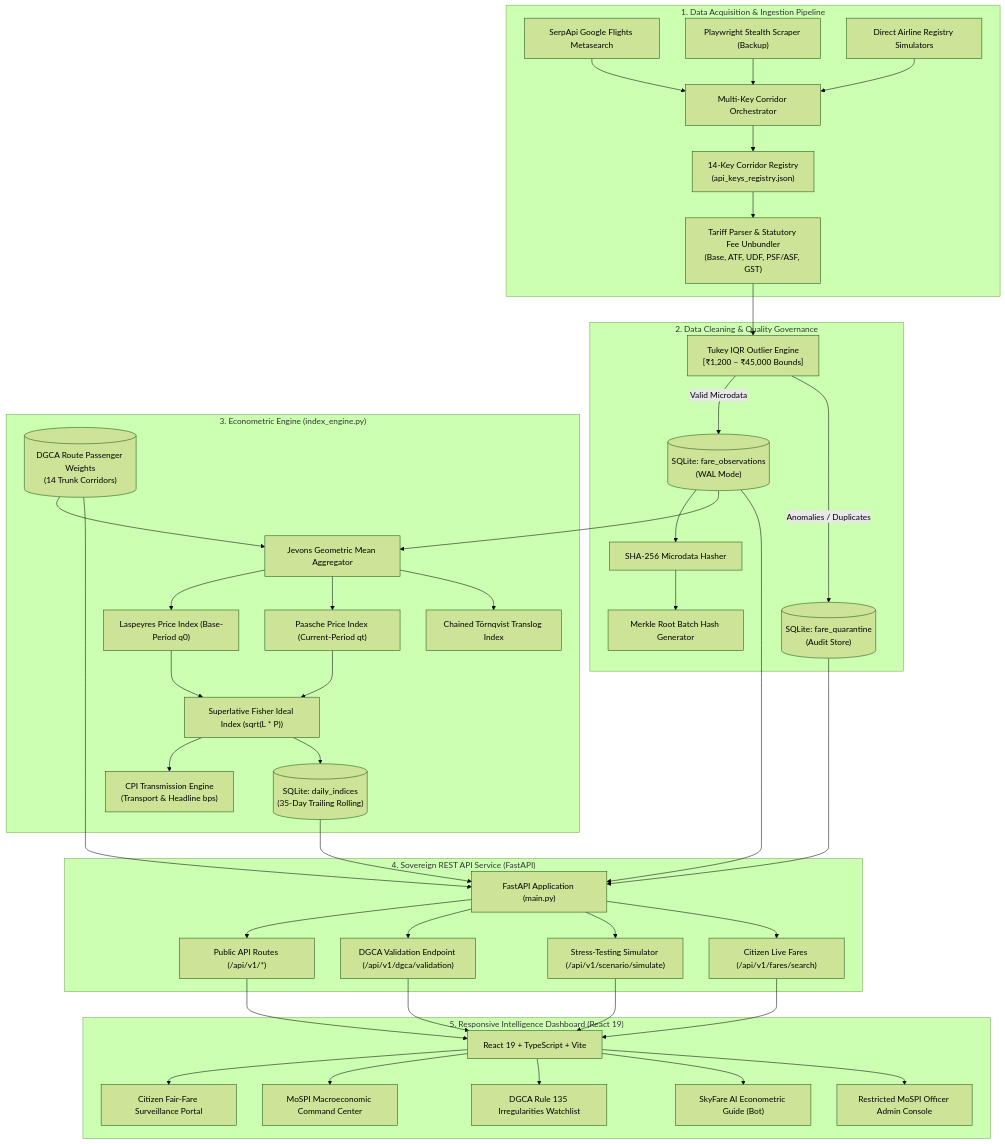
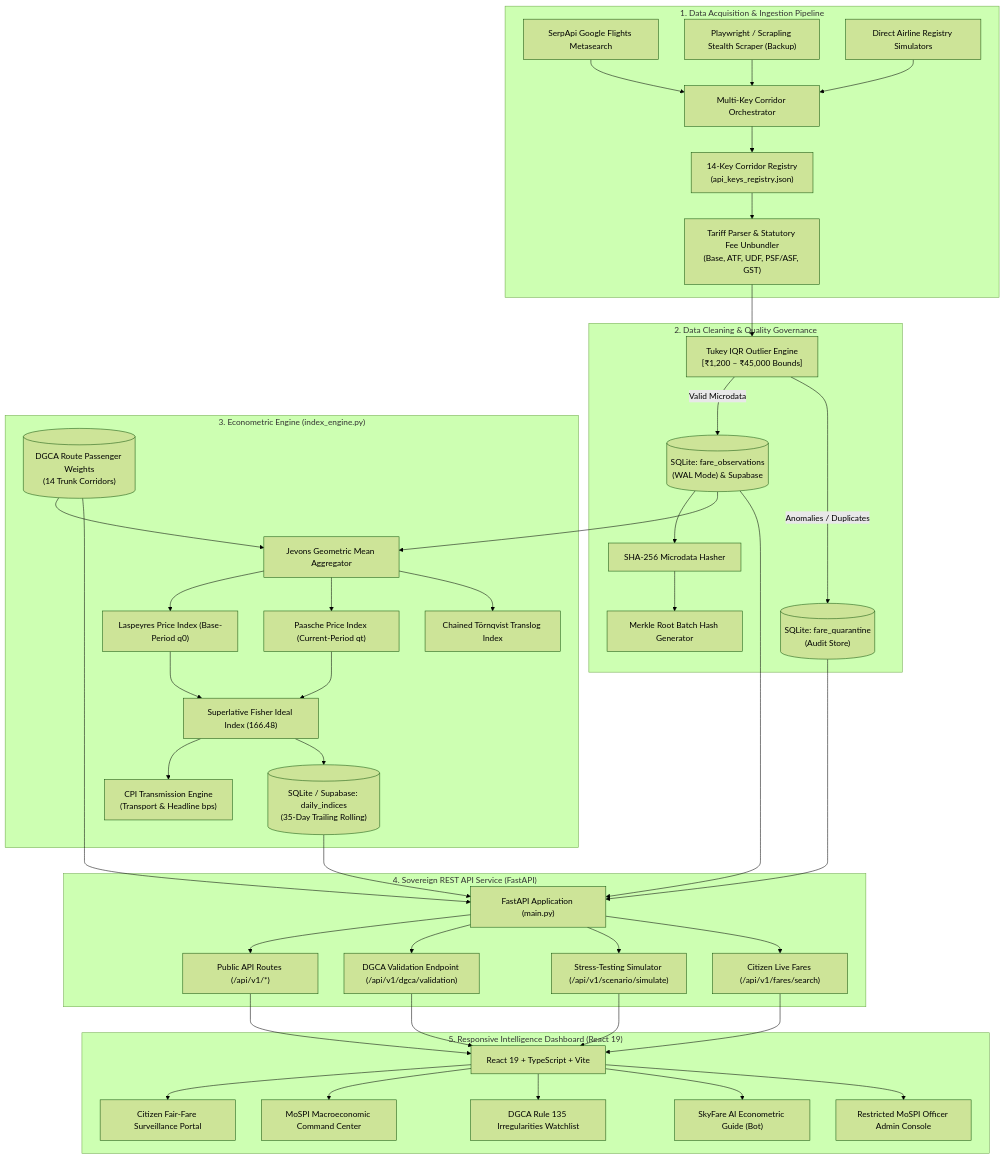
One commit to Sajankumar999/skyfare-india changed the second of 4 diagrams in Architecture.md. Above: the diagram before and after it, drawn with Mermaid (forest theme). The commit also changed other lines of this file and 5 other files, not shown here.

````diff
--- a/Architecture.md
+++ b/Architecture.md
@@ -15,46 +53,46 @@
 ```mermaid
 graph TD
     subgraph L1_INGESTION ["1. Data Acquisition & Ingestion Pipeline"]
         A1["SerpApi Google Flights Metasearch"] --> B["Multi-Key Corridor Orchestrator"]
-        A2["Playwright Stealth Scraper (Backup)"] --> B
+        A2["Playwright / Scrapling Stealth Scraper (Backup)"] --> B
         A3["Direct Airline Registry Simulators"] --> B
         B --> C["14-Key Corridor Registry<br/>(api_keys_registry.json)"]
         C --> D["Tariff Parser & Statutory Fee Unbundler<br/>(Base, ATF, UDF, PSF/ASF, GST)"]
     end
 
     subgraph L2_ETL ["2. Data Cleaning & Quality Governance"]
         D --> E["Tukey IQR Outlier Engine<br/>[₹1,200 – ₹45,000 Bounds]"]
-        E -->|Valid Microdata| F[("SQLite: fare_observations<br/>(WAL Mode)")]
+        E -->|Valid Microdata| F[("SQLite: fare_observations<br/>(WAL Mode) & Supabase")]
         E -->|Anomalies / Duplicates| G[("SQLite: fare_quarantine<br/>(Audit Store)")]
         F --> H["SHA-256 Microdata Hasher"]
         H --> I["Merkle Root Batch Hash Generator"]
     end
 
     subgraph L3_ECONOMETRIC ["3. Econometric Engine (index_engine.py)"]
         J[("DGCA Route Passenger Weights<br/>(14 Trunk Corridors)")] --> K["Jevons Geometric Mean Aggregator"]
         F --> K
         K --> L["Laspeyres Price Index (Base-Period q0)"]
         K --> M["Paasche Price Index (Current-Period qt)"]
-        L & M --> N["Superlative Fisher Ideal Index (sqrt(L * P))"]
+        L & M --> N["Superlative Fisher Ideal Index (166.48)"]
         K --> O["Chained Törnqvist Translog Index"]
         N --> P["CPI Transmission Engine<br/>(Transport & Headline bps)"]
-        N --> Q[("SQLite: daily_indices<br/>(35-Day Trailing Rolling)")]
+        N --> Q[("SQLite / Supabase: daily_indices<br/>(35-Day Trailing Rolling)")]
     end
 
     subgraph L4_API ["4. Sovereign REST API Service (FastAPI)"]
         Q & F & G & J --> R["FastAPI Application (main.py)"]
         R --> S["Public API Routes (/api/v1/*)"]
         R --> T["DGCA Validation Endpoint (/api/v1/dgca/validation)"]
         R --> U["Stress-Testing Simulator (/api/v1/scenario/simulate)"]
         R --> V["Citizen Live Fares (/api/v1/fares/search)"]
     end
 
     subgraph L5_FRONTEND ["5. Responsive Intelligence Dashboard (React 19)"]
         S & T & U & V --> W["React 19 + TypeScript + Vite"]
         W --> X["Citizen Fair-Fare Surveillance Portal"]
         W --> Y["MoSPI Macroeconomic Command Center"]
         W --> Z["DGCA Rule 135 Irregularities Watchlist"]
         W --> AA["SkyFare AI Econometric Guide (Bot)"]
         W --> AB["Restricted MoSPI Officer Admin Console"]
     end
 ```
````
